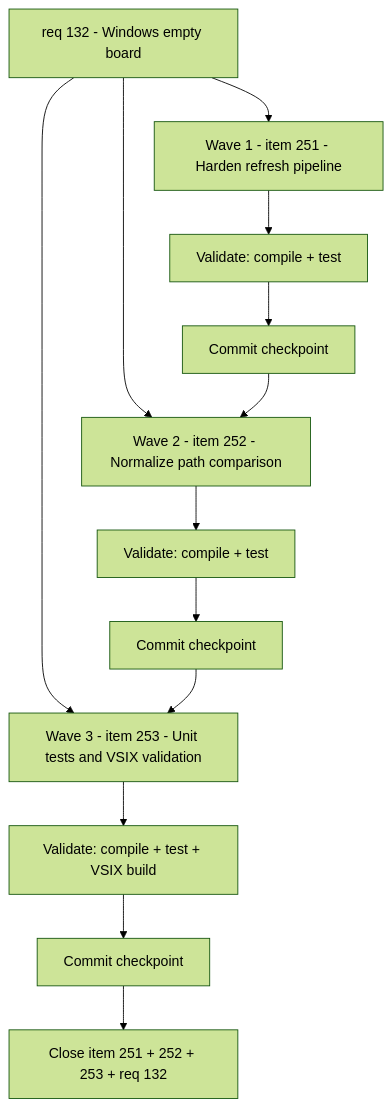
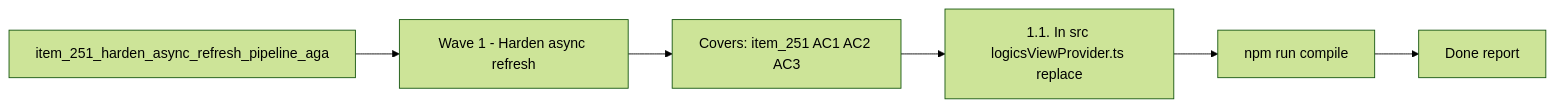
Before and after one commit to AlexAgo83/logics-manager: the diagram in logics/tasks/task_115_fix_windows_empty_board_orchestration.md, drawn with Mermaid (forest theme). The commit also changed other lines of this file and 481 other files, not shown here.

Commit message:
Normalize Logics docs and workflow indicators

````diff
--- a/logics/tasks/task_115_fix_windows_empty_board_orchestration.md
+++ b/logics/tasks/task_115_fix_windows_empty_board_orchestration.md
@@ -17,17 +17,10 @@
 ```mermaid
 %% logics-kind: task
 %% logics-signature: task|fix-windows-empty-board-orchestration|item-251-harden-async-refresh-pipeline-a|wave-1-harden-async-refresh|npm-run-compile
-flowchart TD
-    Source[req 132 - Windows empty board] --> W1[Wave 1 - item 251 - Harden refresh pipeline]
-    Source --> W2[Wave 2 - item 252 - Normalize path comparison]
-    Source --> W3[Wave 3 - item 253 - Unit tests and VSIX validation]
-    W1 --> V1[Validate: compile + test]
-    V1 --> C1[Commit checkpoint]
-    C1 --> W2
-    W2 --> V2[Validate: compile + test]
-    V2 --> C2[Commit checkpoint]
-    C2 --> W3
-    W3 --> V3[Validate: compile + test + VSIX build]
-    V3 --> C3[Commit checkpoint]
-    C3 --> Close[Close item 251 + 252 + 253 + req 132]
+flowchart LR
+    Backlog[item_251_harden_async_refresh_pipeline_aga] --> Step1[Wave 1 - Harden async refresh]
+    Step1 --> Step2[Covers: item_251 AC1 AC2 AC3]
+    Step2 --> Step3[1.1. In src logicsViewProvider.ts replace]
+    Step3 --> Validation[npm run compile]
+    Validation --> Report[Done report]
 ```
````
